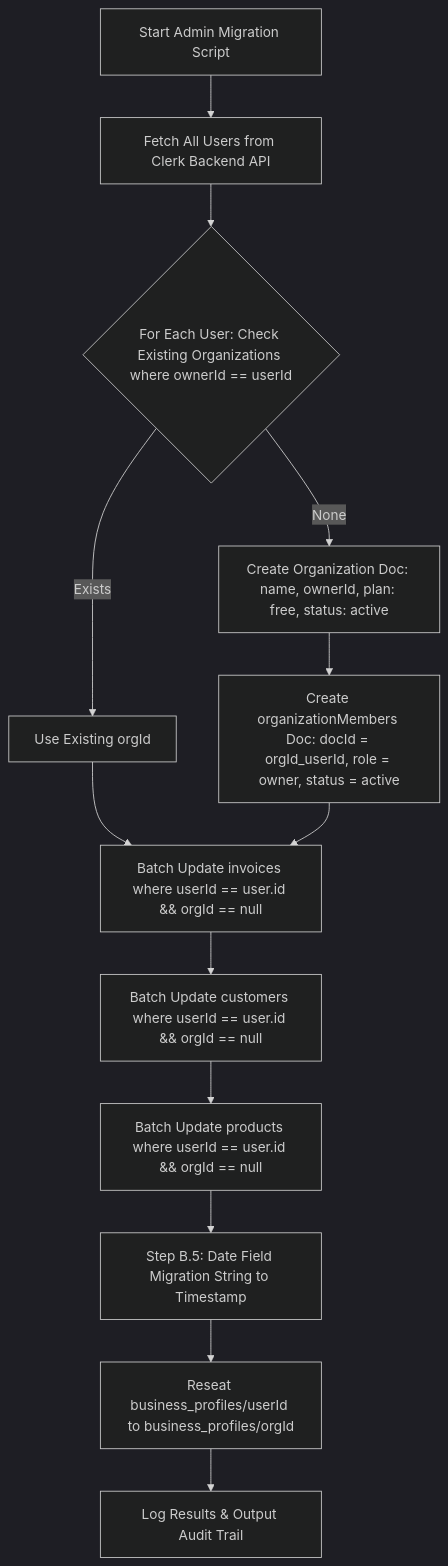
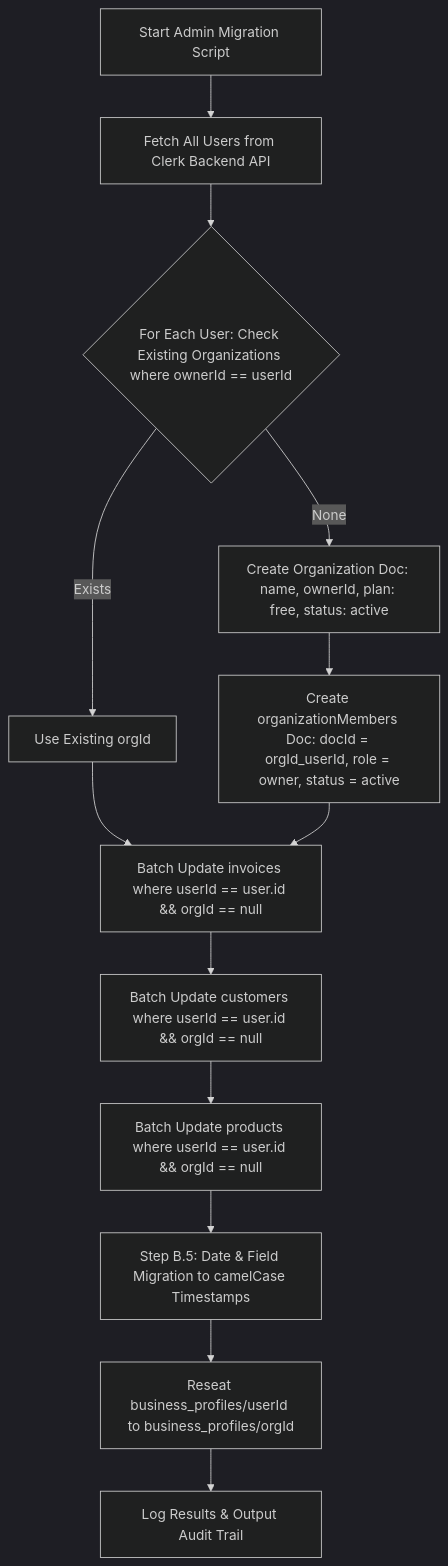
One commit to quimoraLabs/invoice-dashboard changed the first of 2 diagrams in docs/B2B_MIGRATION_STEP1.md. Above: the diagram before and after it, drawn with Mermaid (dark theme). The commit also changed other lines of this file and 41 other files, not shown here.

First line of the commit message:
feat: B2B migration prep + business profile + camelCase standardization

````diff
--- a/docs/B2B_MIGRATION_STEP1.md
+++ b/docs/B2B_MIGRATION_STEP1.md
@@ -196,15 +196,15 @@
 ```mermaid
 flowchart TD
     A[Start Admin Migration Script] --> B[Fetch All Users from Clerk Backend API]
     B --> C{For Each User: Check Existing Organizations where ownerId == userId}
     C -- Exists --> D[Use Existing orgId]
     C -- None --> E[Create Organization Doc: name, ownerId, plan: free, status: active]
     E --> F[Create organizationMembers Doc: docId = orgId_userId, role = owner, status = active]
     D --> G[Batch Update invoices where userId == user.id && orgId == null]
     F --> G
     G --> H[Batch Update customers where userId == user.id && orgId == null]
     H --> I[Batch Update products where userId == user.id && orgId == null]
-    I --> J[Step B.5: Date Field Migration String to Timestamp]
+    I --> J[Step B.5: Date & Field Migration to camelCase Timestamps]
     J --> K[Reseat business_profiles/userId to business_profiles/orgId]
     K --> L[Log Results & Output Audit Trail]
 ```
````
